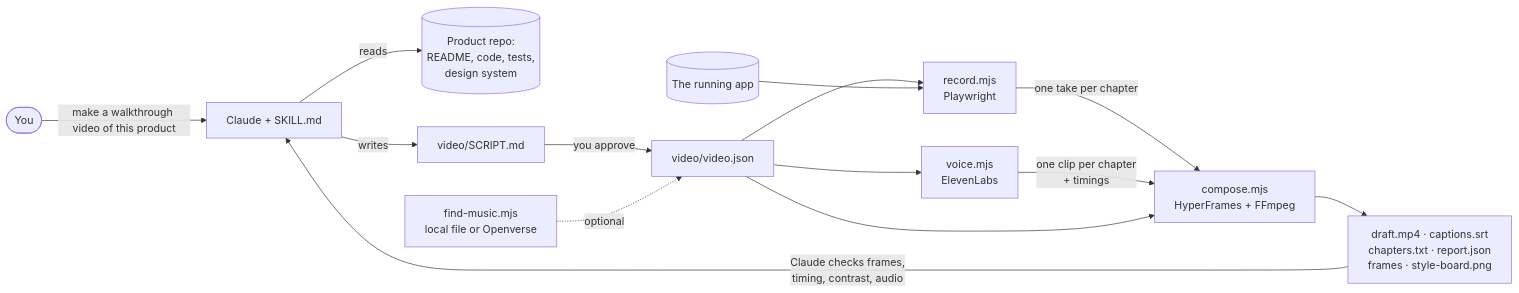
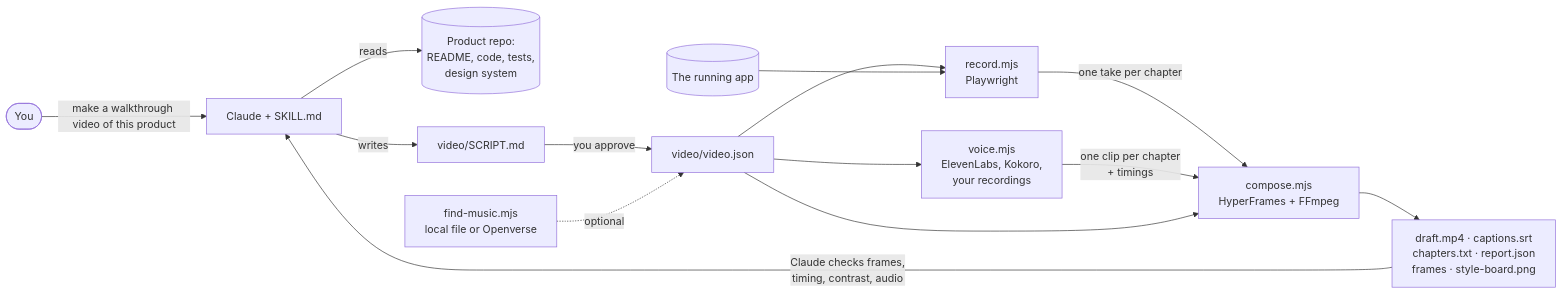
One commit to lgarbayo/product-walkthrough-video changed the diagram in README.md. Above: the diagram before and after it, drawn with Mermaid. The commit also changed other lines of this file and 3 other files, not shown here.

````diff
--- a/README.md
+++ b/README.md
@@ -60,16 +69,16 @@
 ```mermaid
 flowchart LR
   you([You]) -- "make a walkthrough video of this product" --> claude[Claude + SKILL.md]
   claude -- reads --> product[(Product repo:<br/>README, code, tests,<br/>design system)]
   claude -- writes --> script[video/SCRIPT.md]
   script -- you approve --> spec[video/video.json]
   spec --> record[record.mjs<br/>Playwright]
-  spec --> voice[voice.mjs<br/>ElevenLabs]
+  spec --> voice[voice.mjs<br/>ElevenLabs, Kokoro,<br/>your recordings]
   music[find-music.mjs<br/>local file or Openverse] -.optional.-> spec
   app[(The running app)] --> record
   record -- one take per chapter --> compose
   voice -- one clip per chapter<br/>+ timings --> compose
   spec --> compose[compose.mjs<br/>HyperFrames + FFmpeg]
   compose --> out[draft.mp4 · captions.srt<br/>chapters.txt · report.json<br/>frames · style-board.png]
   out -- Claude checks frames,<br/>timing, contrast, audio --> claude
 ```
````
